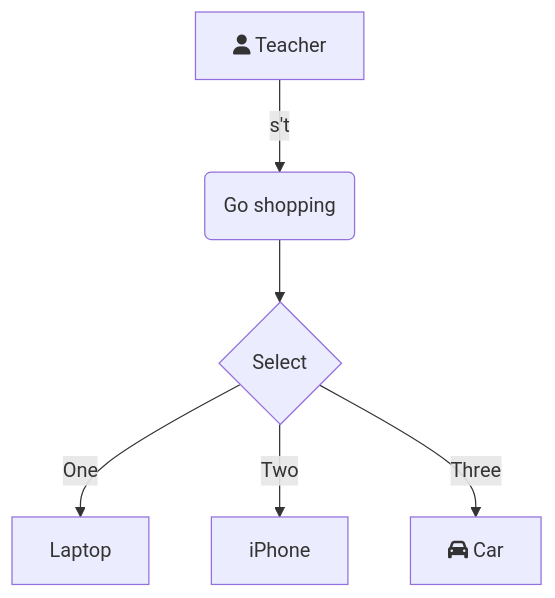
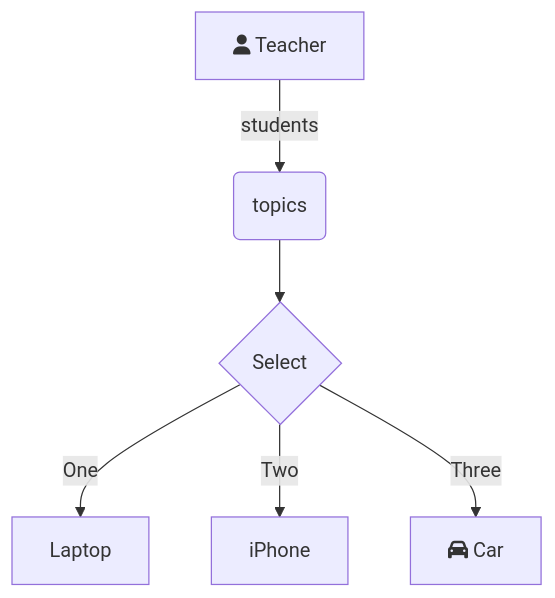
The diagram in all/未命名-2.md (CharlieTD/iodraw-files), drawn with Mermaid before and after one commit.

Commit message:
2024-07-15 22:40:06 update

````diff
--- a/all/未命名-2.md
+++ b/all/未命名-2.md
@@ -1,8 +1,8 @@
 ```mermaid
 graph TD
-    A[fa:fa-user Teacher] -->|s't| B(Go shopping)
+    A[fa:fa-user Teacher] -->|students| B(topics)
     B --> C{Select}
     C -->|One| D[Laptop]
     C -->|Two| E[iPhone]
     C -->|Three| F[fa:fa-car Car]
 ```
````
